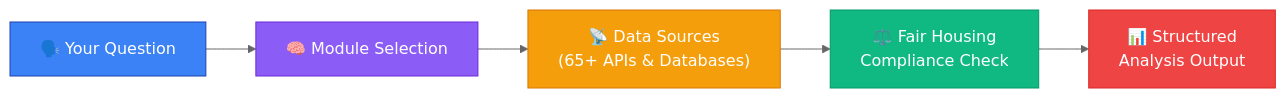
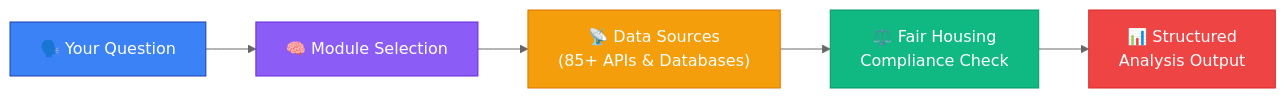
One commit to dougdevitre/access-to-housing changed the second of 18 diagrams in README.md. Above: the diagram before and after it, drawn with Mermaid (neutral theme). The commit also changed other lines of this file and 7 other files, not shown here.

````diff
--- a/README.md
+++ b/README.md
@@ -91,13 +91,13 @@
 ```mermaid
 flowchart LR
     A["🗣️ Your Question"] --> B["🧠 Module Selection"]
-    B --> C["📡 Data Sources\n(65+ APIs & Databases)"]
+    B --> C["📡 Data Sources\n(85+ APIs & Databases)"]
     C --> D["⚖️ Fair Housing\nCompliance Check"]
     D --> E["📊 Structured\nAnalysis Output"]
 
     style A fill:#3b82f6,stroke:#1e40af,color:#fff
     style B fill:#8b5cf6,stroke:#6d28d9,color:#fff
     style C fill:#f59e0b,stroke:#d97706,color:#fff
     style D fill:#10b981,stroke:#059669,color:#fff
     style E fill:#ef4444,stroke:#dc2626,color:#fff
 ```
````
